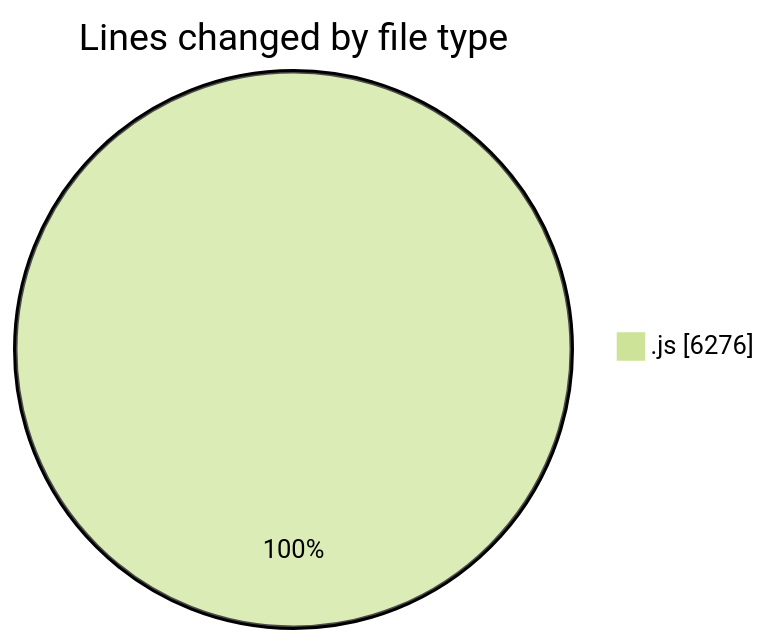
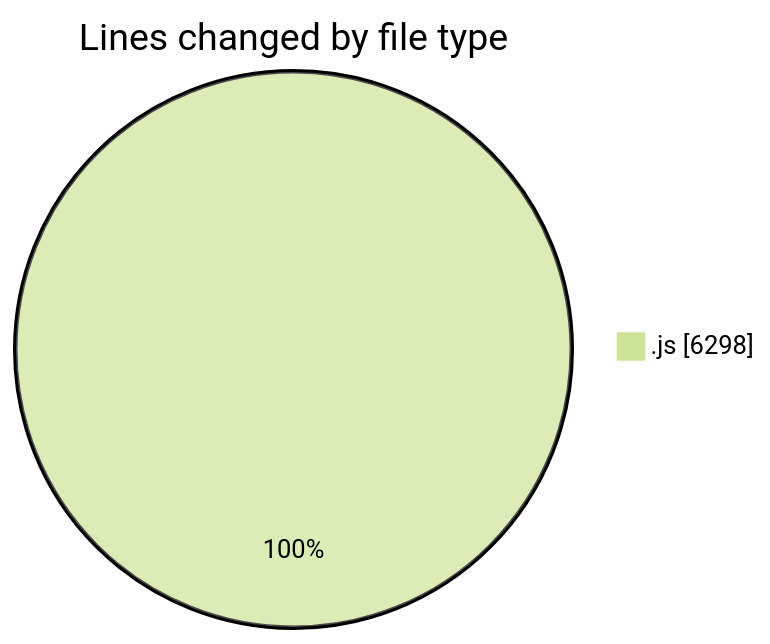
Before and after one commit to nxtqubesakshisongat/code-tracking: the first of 2 diagrams in 2025-12-10/nxtqube_webapp/README.md, drawn with Mermaid (forest theme). The commit also changed other lines of this file and 1 other file, not shown here.

````diff
--- a/2025-12-10/nxtqube_webapp/README.md
+++ b/2025-12-10/nxtqube_webapp/README.md
@@ -20,5 +20,5 @@
 ```mermaid
 pie showData
 title Lines changed by file type
-".js" : 6276
+".js" : 6298
 ```
````
